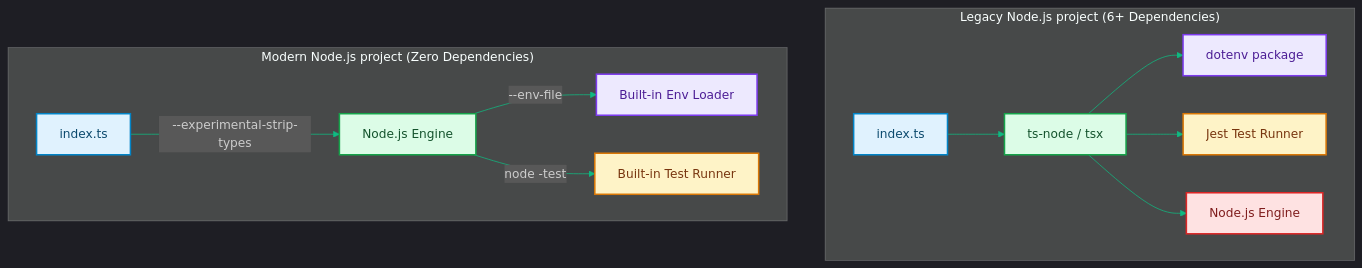
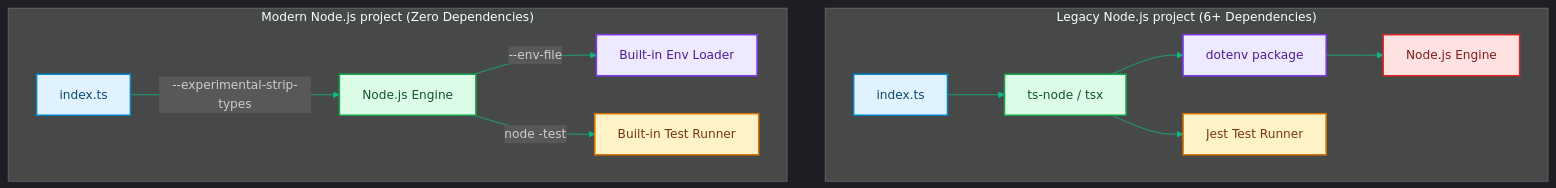
Before and after one commit to akmalkhaniub/akmalkhaniub.github.io: the diagram in blog/posts/nodejs-native-evolution-tooling.md, drawn with Mermaid. The commit also changed other lines of this file and 894 other files, not shown here.

Commit message:
feat(blog): upgrade all 444 posts with unique staggered dates, 2-col Mermaid spines, benchmark tables, code blocks, and trade-offs

````diff
--- a/blog/posts/nodejs-native-evolution-tooling.md
+++ b/blog/posts/nodejs-native-evolution-tooling.md
@@ -18,27 +18,27 @@
 ```mermaid
 %%{init: {'theme': 'dark', 'themeVariables': { 'primaryColor': '#10b981', 'primaryTextColor': '#f3f4f6', 'primaryBorderColor': '#34d399', 'lineColor': '#10b981', 'secondaryColor': '#111827', 'tertiaryColor': '#0b0f19'}}}%%
 flowchart TD
     subgraph SG1_LegacyNodeJs ["Legacy Node.js project (6+ Dependencies)"]
         SourceOld["index.ts"] --> tsnode["ts-node / tsx"]
         tsnode --> dotenv["dotenv package"]
         tsnode --> jest["Jest Test Runner"]
-        tsnode --> NodeRuntimeOld["Node.js Engine"]
+        dotenv --> NodeRuntimeOld["Node.js Engine"]
     end
 
     subgraph SG2_ModernNodeJs ["Modern Node.js project (Zero Dependencies)"]
         SourceNew["index.ts"] -->|--experimental-strip-types| NodeRuntimeNew["Node.js Engine"]
         NodeRuntimeNew -->|--env-file| EnvLoader["Built-in Env Loader"]
         NodeRuntimeNew -->|node -test| TestRunner["Built-in Test Runner"]
     end
 
 classDef green fill:#dcfce7,stroke:#16a34a,stroke-width:2px,color:#14532d;
 classDef red fill:#fee2e2,stroke:#dc2626,stroke-width:2px,color:#7f1d1d;
 classDef blue fill:#e0f2fe,stroke:#0284c7,stroke-width:2px,color:#0c4a6e;
 classDef yellow fill:#fef3c7,stroke:#d97706,stroke-width:2px,color:#78350f;
 classDef purple fill:#ede9fe,stroke:#7c3aed,stroke-width:2px,color:#4c1d95;
 class SourceOld,SourceNew blue
 class tsnode,NodeRuntimeNew green
 class dotenv,EnvLoader purple
 class jest,TestRunner yellow
 class NodeRuntimeOld red
 ```
````
